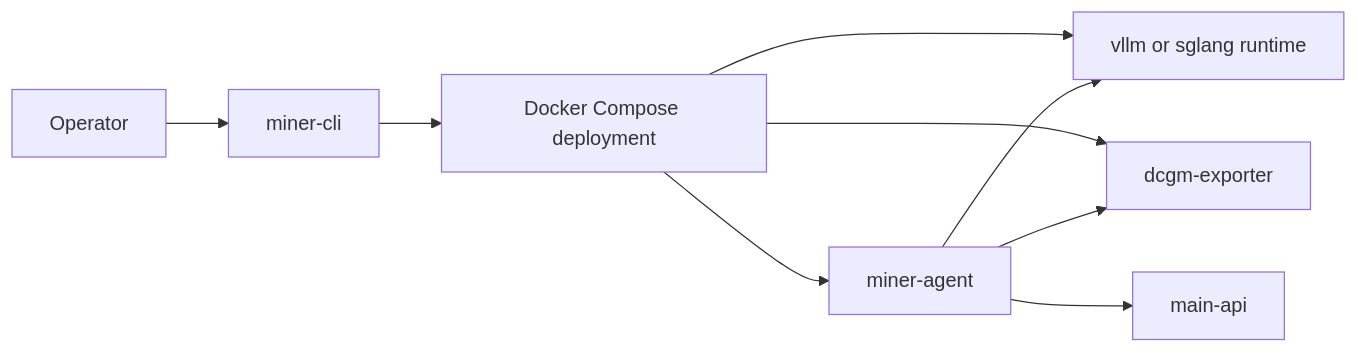
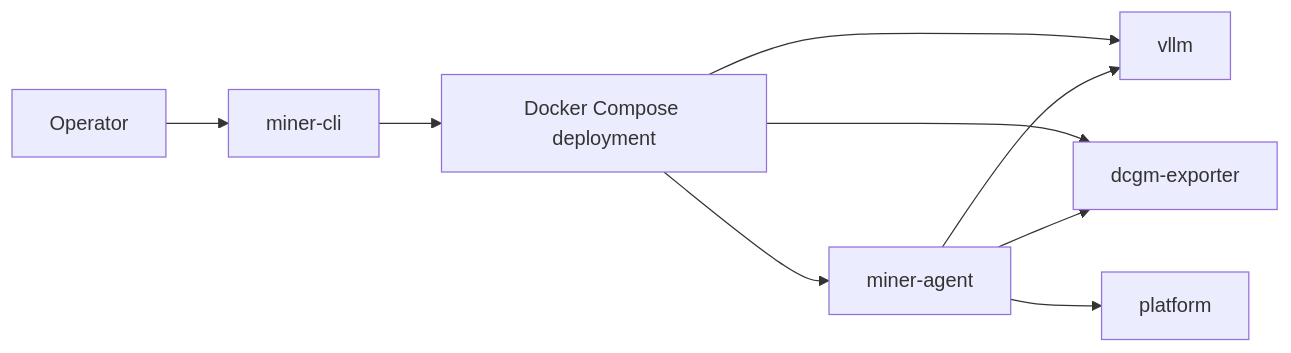
Before and after one commit to BTT-AI-labs/BTT-InferGrid-docs: the first of 2 diagrams in docs/architecture/topology-and-flows.md, drawn with Mermaid. The commit also changed other lines of this file and 9 other files, not shown here.

````diff
--- a/docs/architecture/topology-and-flows.md
+++ b/docs/architecture/topology-and-flows.md
@@ -10,19 +10,19 @@
 ```mermaid
 flowchart LR
   operator["Operator"]
   cli["miner-cli"]
   compose["Docker Compose deployment"]
-  runtime["vllm or sglang runtime"]
+  runtime["vllm"]
   dcgm["dcgm-exporter"]
   agent["miner-agent"]
-  api["main-api"]
+  api["platform"]
 
   operator --> cli
   cli --> compose
   compose --> runtime
   compose --> dcgm
   compose --> agent
   agent --> runtime
   agent --> dcgm
   agent --> api
 ```
````
